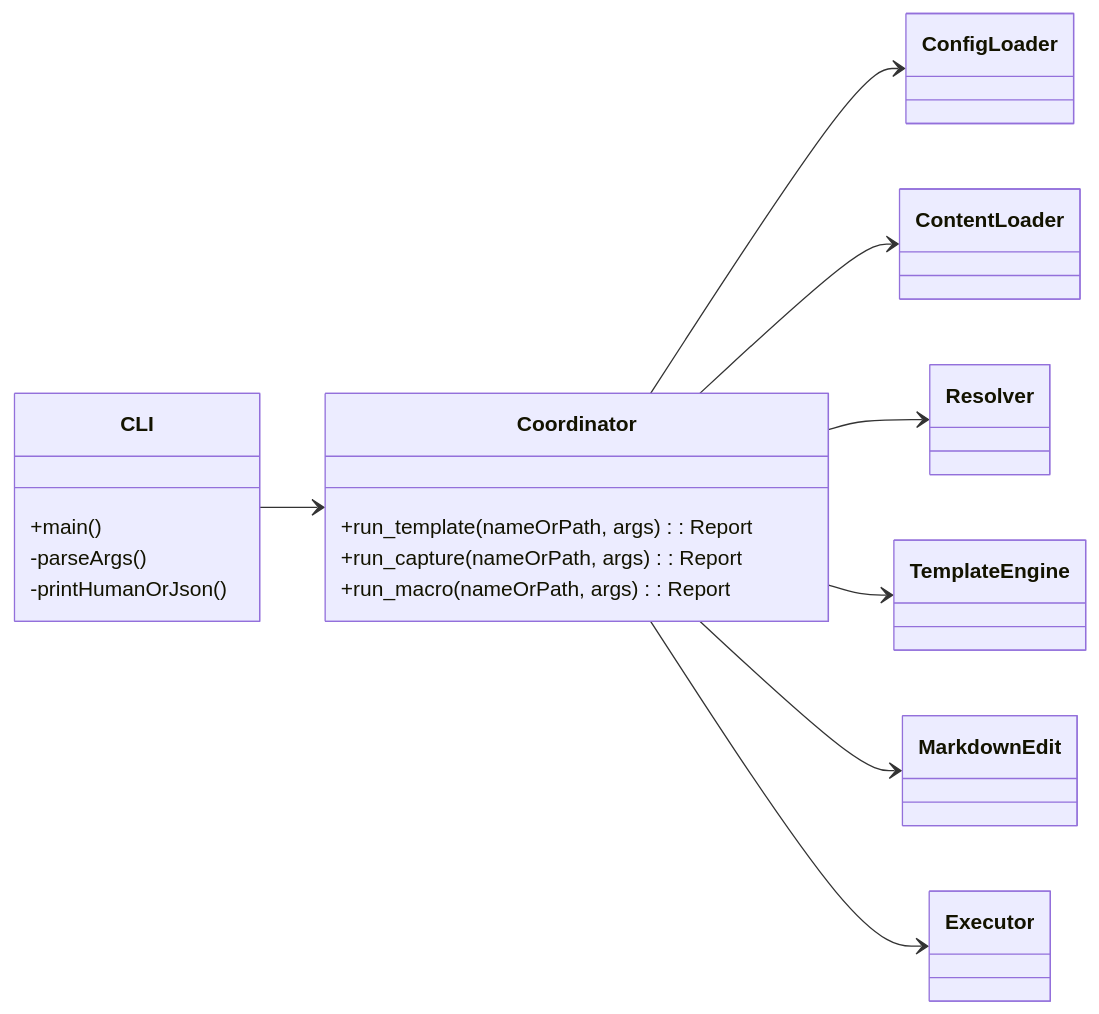
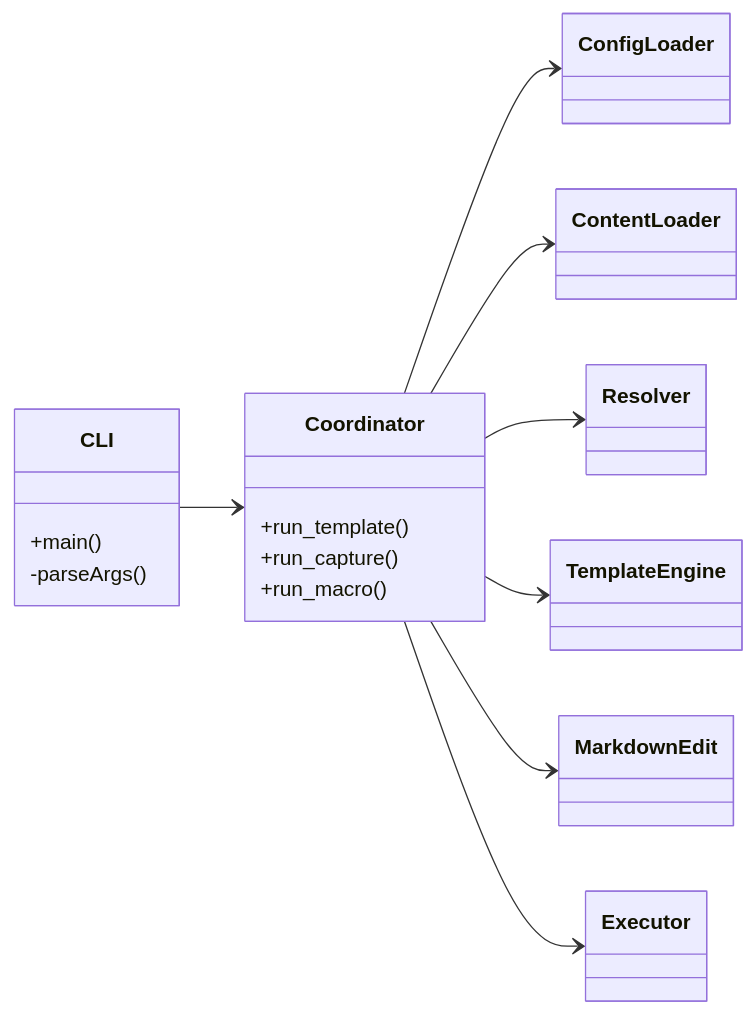
Diagram 13 of 22 in docs/01_development_plan.md (agustinvalencia/mdvault), drawn with Mermaid before and after one commit. The commit also changed other lines of this file and 1 other file, not shown here.

````diff
--- a/docs/01_development_plan.md
+++ b/docs/01_development_plan.md
@@ -338,21 +349,21 @@
 ```mermaid
 classDiagram
   direction LR
   class Coordinator {
-    +run_template(nameOrPath, args): Report
-    +run_capture(nameOrPath, args): Report
-    +run_macro(nameOrPath, args): Report
+    +run_template()
+    +run_capture()
+    +run_macro()
   }
   class CLI {
     +main()
     -parseArgs()
-    -printHumanOrJson()
   }
+
   CLI --> Coordinator
   Coordinator --> ConfigLoader
   Coordinator --> ContentLoader
   Coordinator --> Resolver
   Coordinator --> TemplateEngine
   Coordinator --> MarkdownEdit
   Coordinator --> Executor
 ```
````
